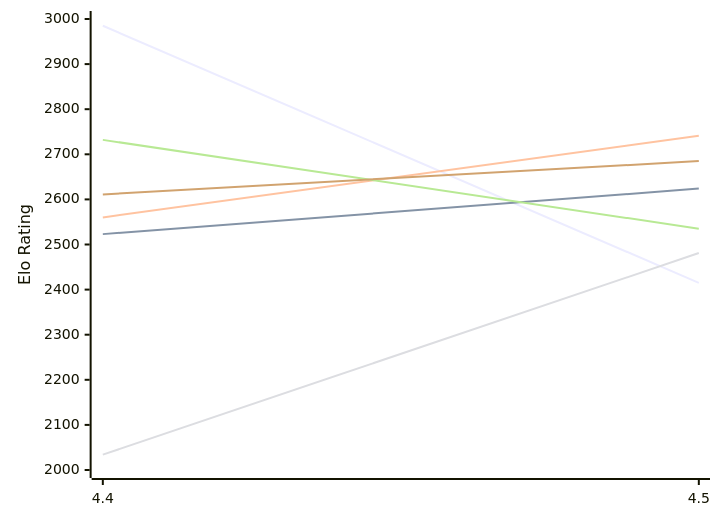
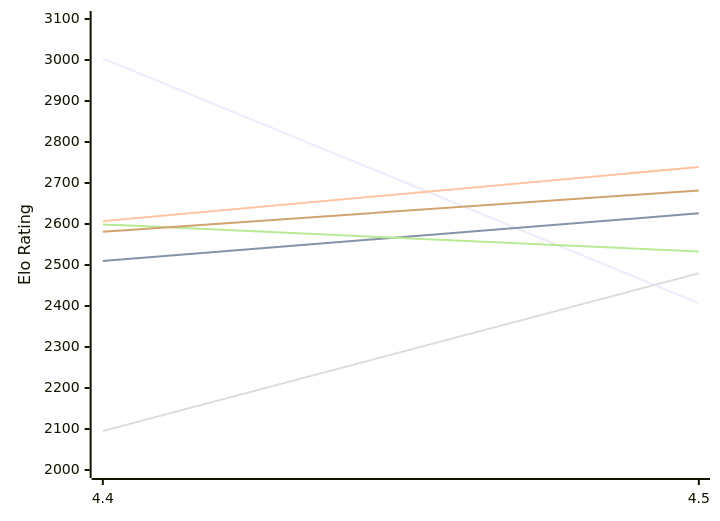
One commit to computer-chess-index/cci changed the first of 2 diagrams in engines/Eubos.md. Above: the diagram before and after it, drawn with Mermaid. The commit also changed other lines of this file, not shown here.

Commit message:
Update CCI Ratings (ELO VLTC) - 2026-11-15

````diff
--- a/engines/Eubos.md
+++ b/engines/Eubos.md
@@ -52,12 +52,12 @@
 ```mermaid
 %%{init: {"theme":"base","themeVariables":{"seriesColors:['#a3a3a3','#222221','#faa371']}}}%%
 xychart-beta
   x-axis ["4.4", "4.5"]
-  y-axis "Elo Rating" 2000 --> 3000
-  line "E1: STC (8.0+0.08s)" [2985, 2415]
-  line "E1: LTC (60.0+0.60s)" [2523, 2624]
-  line "E1: VLTC (2m24s+1.12s)" [2560, 2741]
-  line "P1: STC (8.0+0.08s)" [2034, 2481]
-  line "P1: LTC (60.0+0.60s)" [2732, 2535]
-  line "P1: VLTC (2m24s+1.12s)" [2611, 2685]
+  y-axis "Elo Rating" 2000 --> 3100
+  line "E1: STC (8.0+0.08s)" [3004, 2407]
+  line "E1: LTC (60.0+0.60s)" [2510, 2626]
+  line "E1: VLTC (2m24s+1.12s)" [2607, 2739]
+  line "P1: STC (8.0+0.08s)" [2095, 2480]
+  line "P1: LTC (60.0+0.60s)" [2599, 2533]
+  line "P1: VLTC (2m24s+1.12s)" [2581, 2682]
 ```
````
